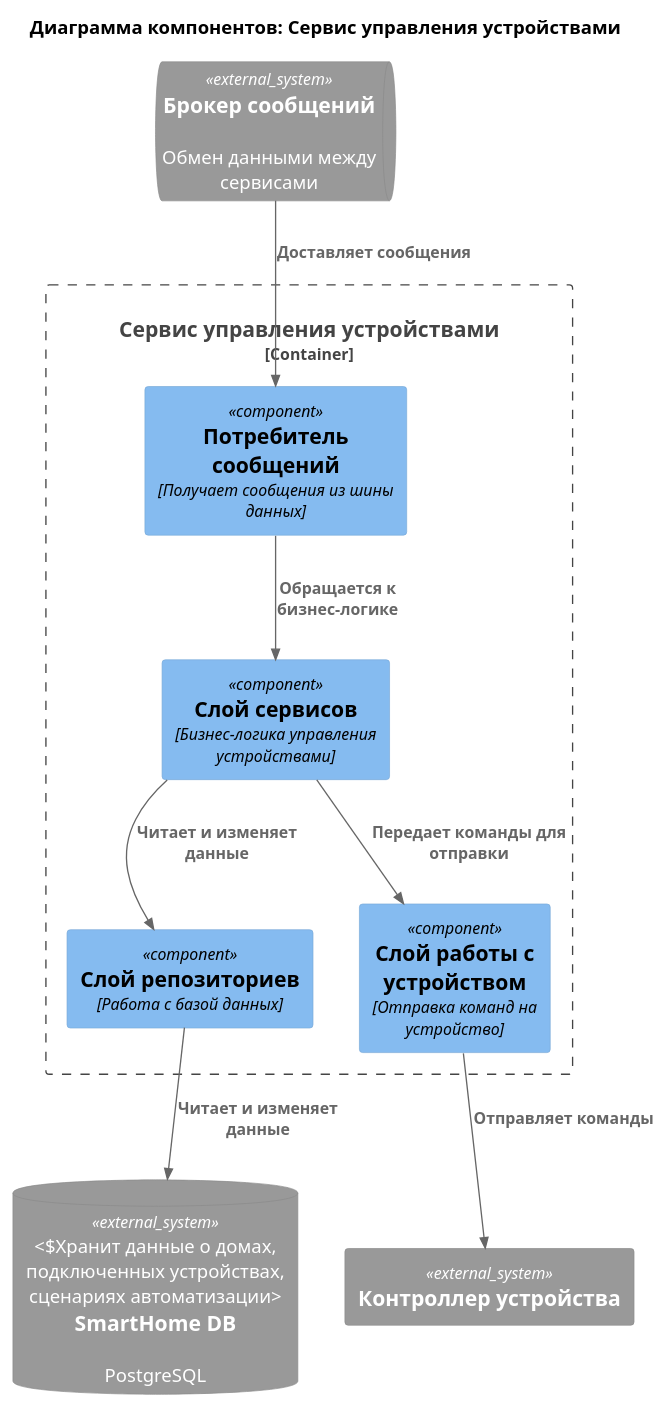
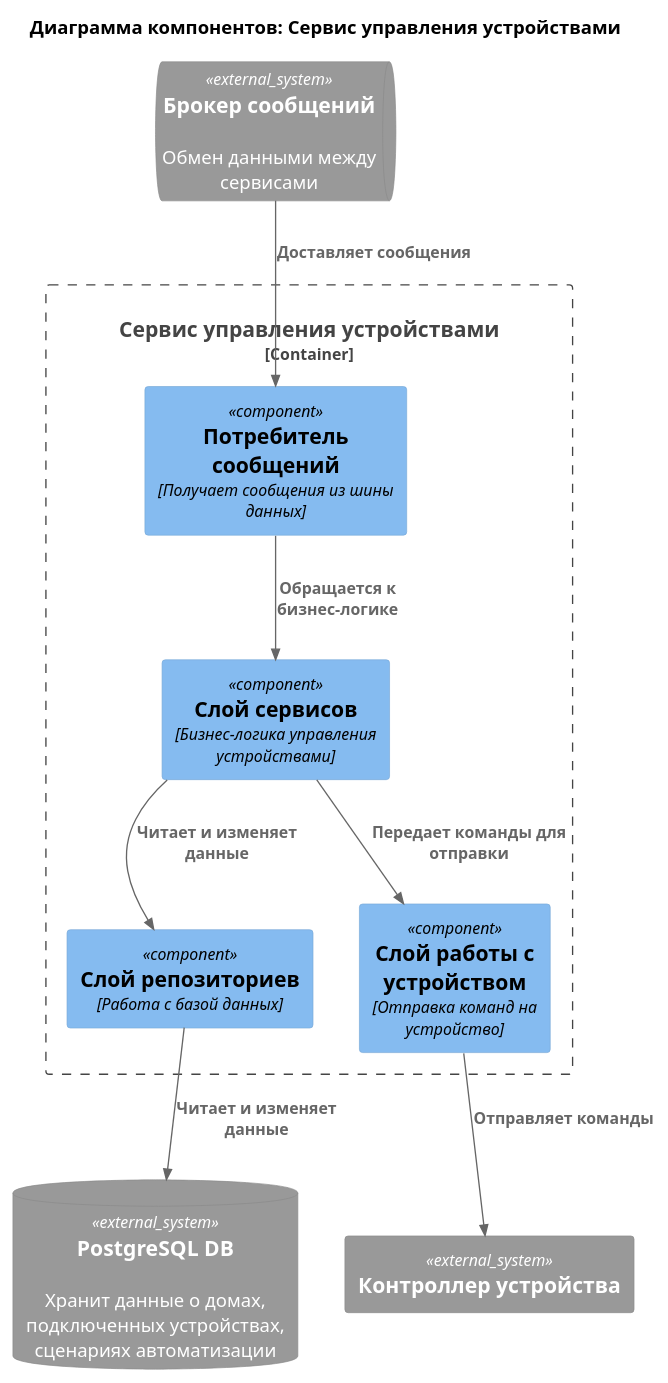
The diagram in diagrams/ToBe_Component_2.puml (knautilus/architecture-warmhouse), drawn with PlantUML before and after one commit. The commit also changed 14 other files, not shown here.

```diff
--- a/diagrams/ToBe_Component_2.puml
+++ b/diagrams/ToBe_Component_2.puml
@@ -1,25 +1,25 @@
 @startuml
 
 title Диаграмма компонентов: Сервис управления устройствами
 
 !include https://raw.githubusercontent.com/plantuml-stdlib/C4-PlantUML/master/C4_Component.puml
 
-SystemDb_Ext(SmartHomeDb, "SmartHome DB", "PostgreSQL", "Хранит данные о домах, подключенных устройствах, сценариях автоматизации")
+SystemDb_Ext(SmartHomeDb, "PostgreSQL DB", "Хранит данные о домах, подключенных устройствах, сценариях автоматизации")
 SystemQueue_Ext(Queue, "Брокер сообщений", "Обмен данными между сервисами")
 System_Ext(Device, "Контроллер устройства")
 
 Container_Boundary(DeviceManagement, "Сервис управления устройствами") {
     Component(MessageConsumer, "Потребитель сообщений", "Получает сообщения из шины данных")
     Component(ServiceLayer, "Слой сервисов", "Бизнес-логика управления устройствами")
     Component(RepositoryLayer, "Слой репозиториев", "Работа с базой данных")
     Component(DeviceManager, "Слой работы с устройством", "Отправка команд на устройство")
 }
 
 Rel(Queue, MessageConsumer, "Доставляет сообщения")
 Rel(MessageConsumer, ServiceLayer, "Обращается к бизнес-логике")
 Rel(ServiceLayer, RepositoryLayer, "Читает и изменяет данные")
 Rel(ServiceLayer, DeviceManager, "Передает команды для отправки")
 Rel(DeviceManager, Device, "Отправляет команды")
 Rel(RepositoryLayer, SmartHomeDb, "Читает и изменяет данные")
 
 @enduml
```
